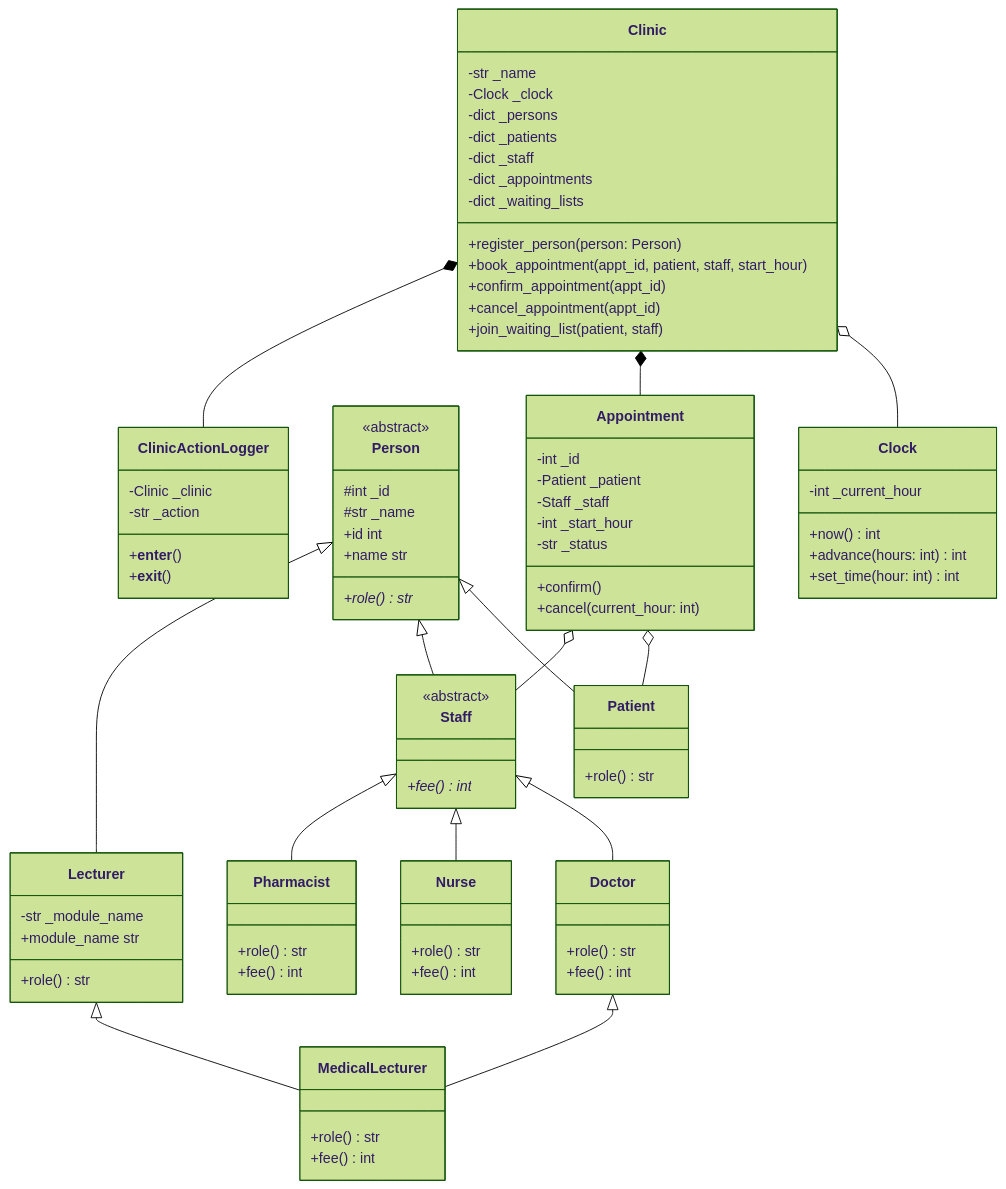
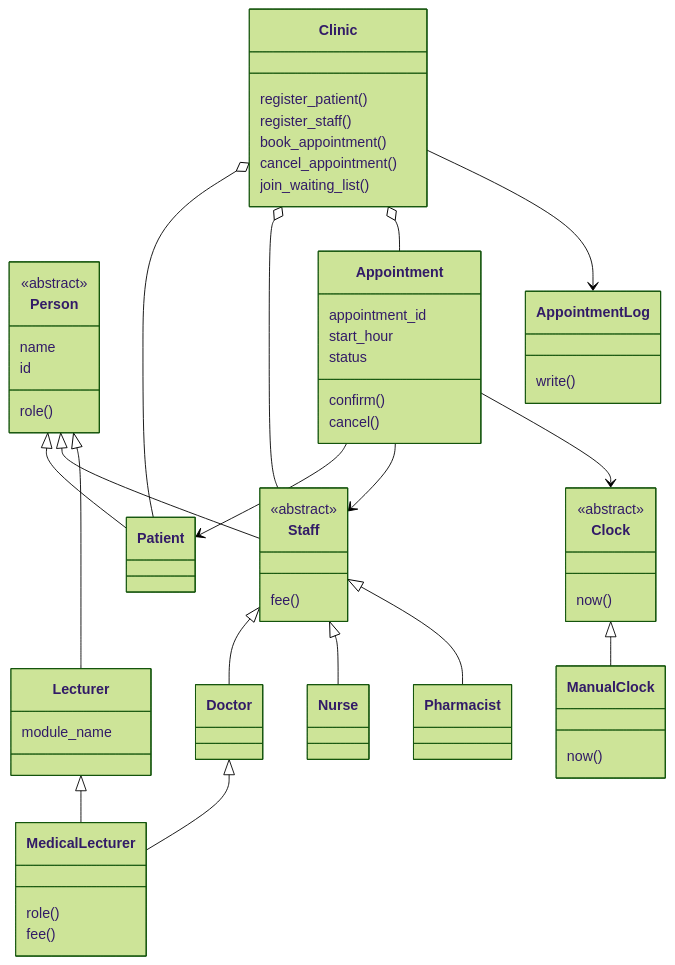
The diagram in README.md (Eliot3886/ClinicalAppointmentSystem), drawn with Mermaid (forest theme) before and after one commit. The commit also changed other lines of this file and 11 other files, not shown here.

````diff
--- a/README.md
+++ b/README.md
@@ -28,100 +27,63 @@
 ```mermaid
 classDiagram
-    class Clock {
-        -int _current_hour
-        +now() int
-        +advance(hours: int) int
-        +set_time(hour: int) int
-    }
+    Person <|-- Patient
+    Person <|-- Staff
+    Staff <|-- Doctor
+    Staff <|-- Nurse
+    Staff <|-- Pharmacist
+    Person <|-- Lecturer
+    Doctor <|-- MedicalLecturer
+    Lecturer <|-- MedicalLecturer
+
+    Appointment --> Patient
+    Appointment --> Staff
+    Appointment --> Clock
+    Clock <|-- ManualClock
+
+    Clinic o-- Patient
+    Clinic o-- Staff
+    Clinic o-- Appointment
+    Clinic --> AppointmentLog
 
     class Person {
         <<abstract>>
-        #int _id
-        #str _name
-        +id int
-        +name str
-        +role()* str
+        name
+        id
+        role()
     }
-
-    class Patient {
-        +role() str
-    }
-
     class Staff {
         <<abstract>>
-        +fee()* int
+        fee()
     }
-
-    class Doctor {
-        +role() str
-        +fee() int
+    class Lecturer {
+        module_name
     }
-
-    class Nurse {
-        +role() str
-        +fee() int
+    class MedicalLecturer {
+        role()
+        fee()
     }
-
-    class Pharmacist {
-        +role() str
-        +fee() int
+    class Appointment {
+        appointment_id
+        start_hour
+        status
+        confirm()
+        cancel()
     }
-
-    class Lecturer {
-        -str _module_name
-        +module_name str
-        +role() str
+    class Clinic {
+        register_patient()
+        register_staff()
+        book_appointment()
+        cancel_appointment()
+        join_waiting_list()
     }
-
-    class MedicalLecturer {
-        +role() str
-        +fee() int
+    class Clock {
+        <<abstract>>
+        now()
     }
-
-    class Appointment {
-        -int _id
-        -Patient _patient
-        -Staff _staff
-        -int _start_hour
-        -str _status
-        +confirm()
-        +cancel(current_hour: int)
+    class ManualClock {
+        now()
     }
-
-    class Clinic {
-        -str _name
-        -Clock _clock
-        -dict _persons
-        -dict _patients
-        -dict _staff
-        -dict _appointments
-        -dict _waiting_lists
-        +register_person(person: Person)
-        +book_appointment(appt_id, patient, staff, start_hour)
-        +confirm_appointment(appt_id)
-        +cancel_appointment(appt_id)
-        +join_waiting_list(patient, staff)
+    class AppointmentLog {
+        write()
     }
-
-    class ClinicActionLogger {
-        -Clinic _clinic
-        -str _action
-        +__enter__()
-        +__exit__()
-    }
-
-    Person <|-- Patient
-    Person <|-- Staff
-    Person <|-- Lecturer
-    Staff <|-- Doctor
-    Staff <|-- Nurse
-    Staff <|-- Pharmacist
-    Doctor <|-- MedicalLecturer
-    Lecturer <|-- MedicalLecturer
-
-    Appointment o-- Patient
-    Appointment o-- Staff
-    Clinic o-- Clock
-    Clinic *-- Appointment
-    Clinic *-- ClinicActionLogger
 ```
````
